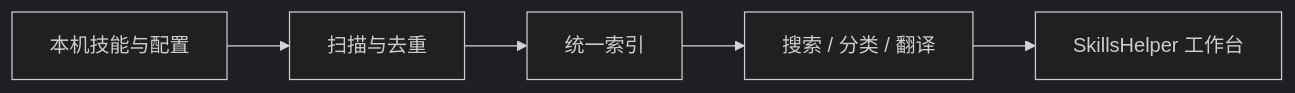
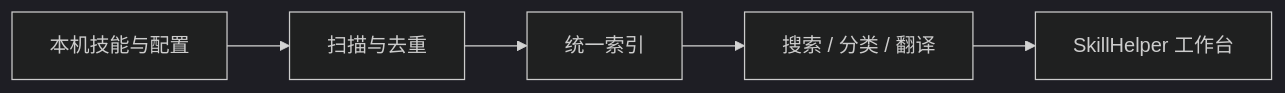
One commit to aquarkgn/HuHaa-MySkills changed the diagram in README.md. Above: the diagram before and after it, drawn with Mermaid (dark theme). The commit also changed other lines of this file and 94 other files, not shown here.

````diff
--- a/README.md
+++ b/README.md
@@ -22,7 +22,7 @@
 ```mermaid
 flowchart LR
   A[本机技能与配置] --> B[扫描与去重]
   B --> C[统一索引]
   C --> D[搜索 / 分类 / 翻译]
-  D --> E[SkillsHelper 工作台]
+  D --> E[SkillHelper 工作台]
 ```
````
